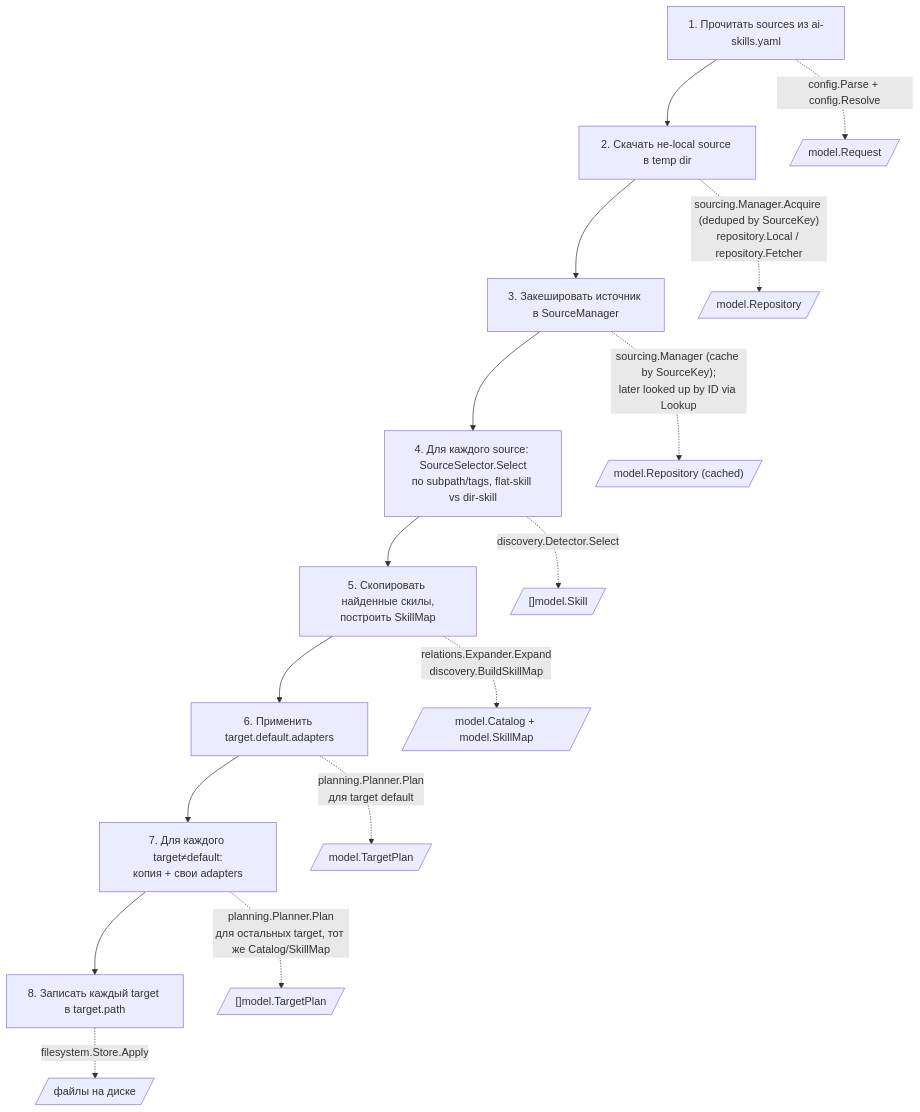
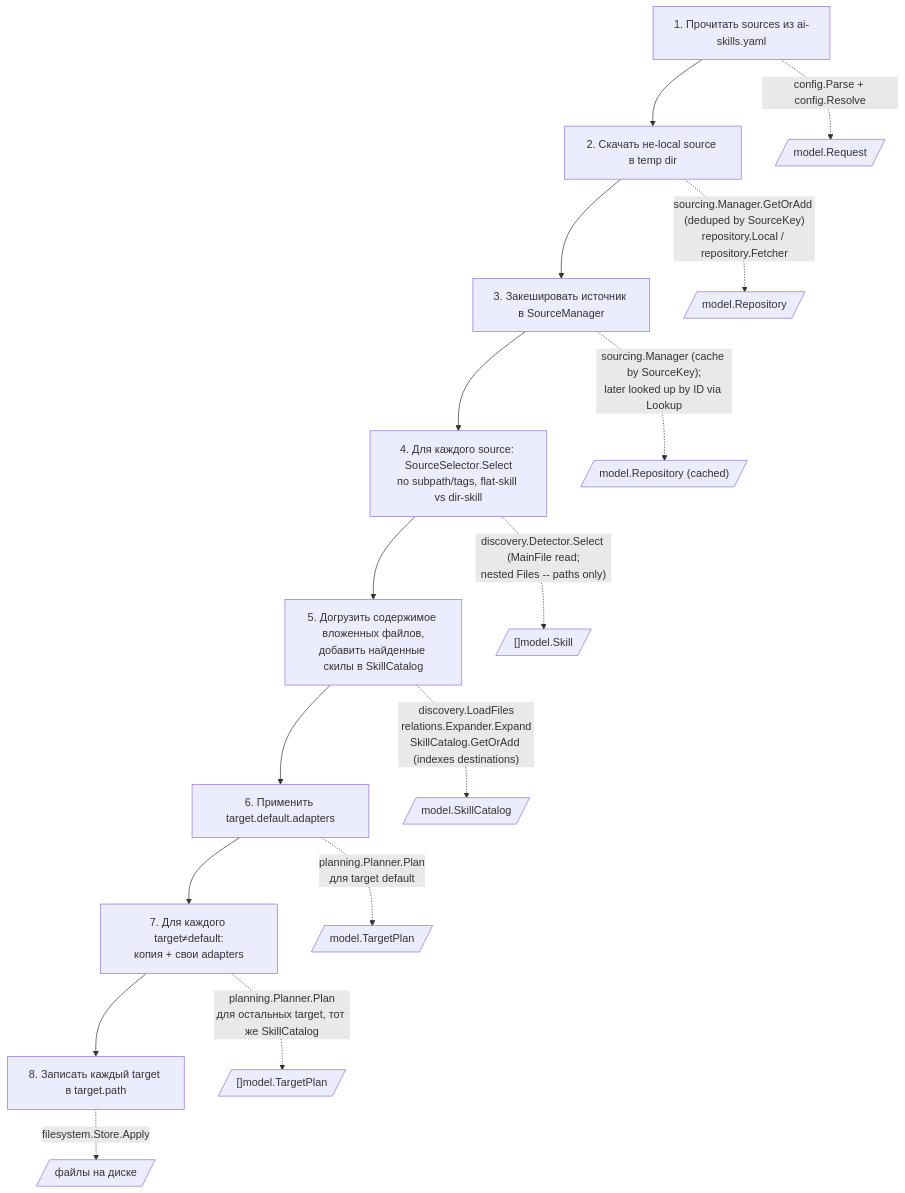
Before and after one commit to InsonusK/go-ai-skill-manage: the second of 3 diagrams in docs/architecture/diagrams.md, drawn with Mermaid. The commit also changed other lines of this file and 4 other files, not shown here.

First line of the commit message:
docs: update architecture docs for SkillCatalog/GetOrAdd/lean Detector

````diff
--- a/docs/architecture/diagrams.md
+++ b/docs/architecture/diagrams.md
@@ -81,20 +84,20 @@
 ```mermaid
 flowchart TD
     A["1. Прочитать sources из ai-skills.yaml"] --> B
     B["2. Скачать не-local source в temp dir"] --> C
     C["3. Закешировать источник в SourceManager"] --> D
     D["4. Для каждого source: SourceSelector.Select<br/>по subpath/tags, flat-skill vs dir-skill"] --> E
-    E["5. Скопировать найденные скилы,<br/>построить SkillMap"] --> F
+    E["5. Догрузить содержимое вложенных файлов,<br/>добавить найденные скилы в SkillCatalog"] --> F
     F["6. Применить target.default.adapters"] --> G
     G["7. Для каждого target≠default:<br/>копия + свои adapters"] --> H
     H["8. Записать каждый target в target.path"]
 
     A -.->|"config.Parse + config.Resolve"| A1[/"model.Request"/]
-    B -.->|"sourcing.Manager.Acquire (deduped by SourceKey)<br/>repository.Local / repository.Fetcher"| B1[/"model.Repository"/]
+    B -.->|"sourcing.Manager.GetOrAdd (deduped by SourceKey)<br/>repository.Local / repository.Fetcher"| B1[/"model.Repository"/]
     C -.->|"sourcing.Manager (cache by SourceKey);<br/>later looked up by ID via Lookup"| C1[/"model.Repository (cached)"/]
-    D -.->|"discovery.Detector.Select"| D1[/"[]model.Skill"/]
-    E -.->|"relations.Expander.Expand<br/>discovery.BuildSkillMap"| E1[/"model.Catalog + model.SkillMap"/]
+    D -.->|"discovery.Detector.Select (MainFile read;<br/>nested Files -- paths only)"| D1[/"[]model.Skill"/]
+    E -.->|"discovery.LoadFiles<br/>relations.Expander.Expand<br/>SkillCatalog.GetOrAdd (indexes destinations)"| E1[/"model.SkillCatalog"/]
     F -.->|"planning.Planner.Plan<br/>для target default"| F1[/"model.TargetPlan"/]
-    G -.->|"planning.Planner.Plan<br/>для остальных target, тот же Catalog/SkillMap"| G1[/"[]model.TargetPlan"/]
+    G -.->|"planning.Planner.Plan<br/>для остальных target, тот же SkillCatalog"| G1[/"[]model.TargetPlan"/]
     H -.->|"filesystem.Store.Apply"| H1[/"файлы на диске"/]
 ```
````
